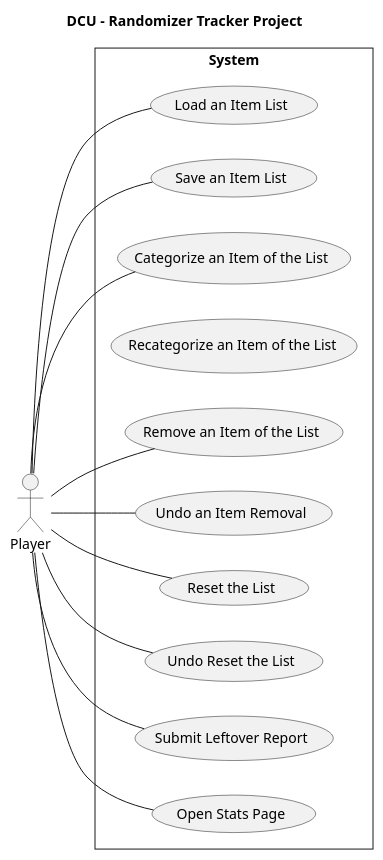
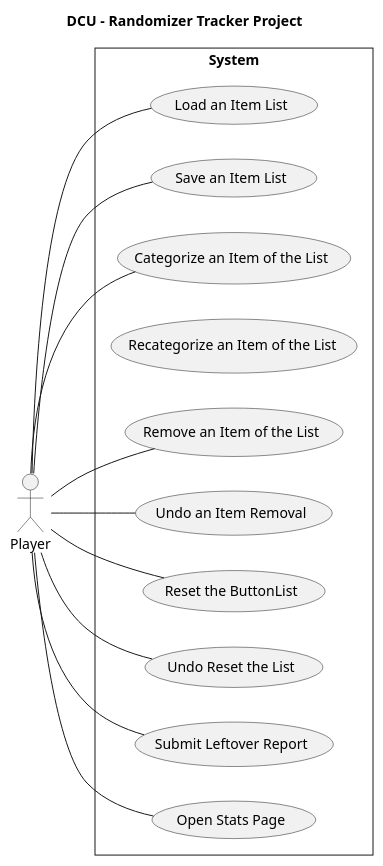
Before and after one commit to vexys001/RandoTracker: the diagram in docs/UseCases/dcu.puml, drawn with PlantUML. The commit also changed 4 other files, not shown here.

```diff
--- a/docs/UseCases/dcu.puml
+++ b/docs/UseCases/dcu.puml
@@ -1,34 +1,34 @@
 @startuml
 left to right direction
 skinparam style strictuml
 skinparam packageStyle rect
 skinparam backgroundcolor transparent
 skinparam defaultfontname Verdana
 
 title DCU - Randomizer Tracker Project
 
 actor Player as P
 
 rectangle "System" {
   (Load an Item List) as LL
   (Save an Item List) as SL
   (Categorize an Item of the List) as CI
   (Recategorize an Item of the List) as RCI
   (Remove an Item of the List) as RI
   (Undo an Item Removal) as UIR
-  (Reset the List) as RL
+  (Reset the ButtonList) as RBL
   (Undo Reset the List) as UR
   (Submit Leftover Report) as SR
   (Open Stats Page) as OS
   
   P -- LL
   P -- SL
   P -- CI
   P -- RI
   P -- UIR
-  P -- RL
+  P -- RBL
   P -- UR
   P -- OS
   P -- SR
 }
 @enduml
```
